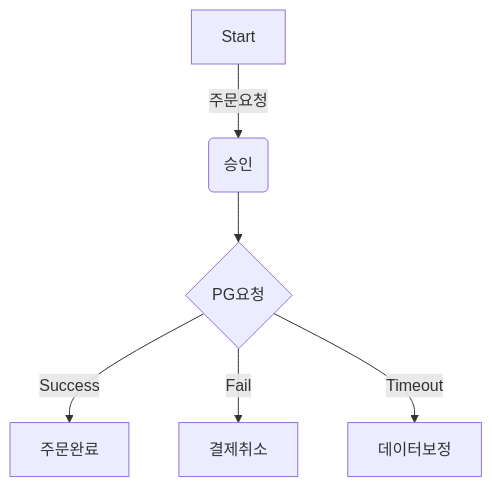
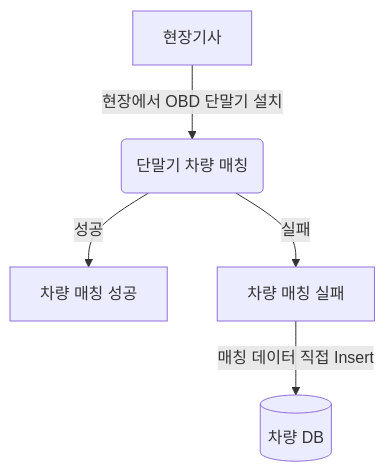
One commit to next-step/career-wbs changed the first of 7 diagrams in WBS-example.md. Above: the diagram before and after it, drawn with Mermaid. The commit also changed other lines of this file, not shown here.

````diff
--- a/WBS-example.md
+++ b/WBS-example.md
@@ -29,8 +31,7 @@
 ```mermaid
-flowchart TB
-    A[Start] --주문요청--> B(승인)
-    B --> C{PG요청}
-    C -- Success --> D[주문완료]
-    C -- Fail --> E[결제취소]
-    C -- Timeout --> F[데이터보정]
+flowchart TD
+    A[현장기사] -->|현장에서 OBD 단말기 설치| B(단말기 차량 매칭)
+    B -->|성공| D[차량 매칭 성공]
+    B -->|실패| E[차량 매칭 실패]
+    E -->|매칭 데이터 직접 Insert| F[(차량 DB)]
 ```
````
